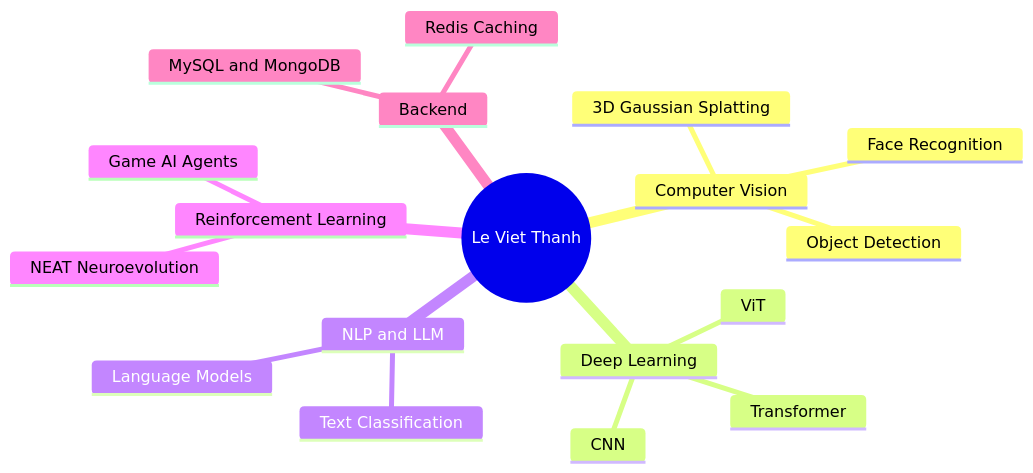
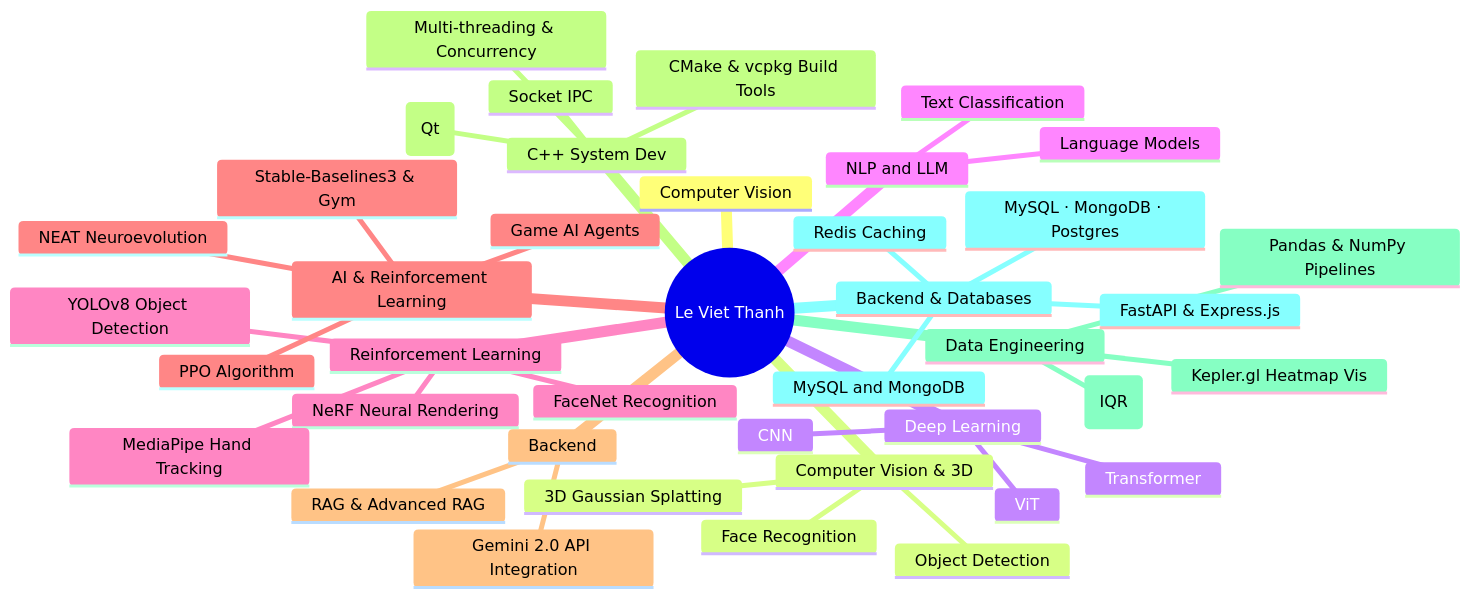
The diagram in README.md (LeVietThanh1412/LeVietThanh1412), drawn with Mermaid before and after one commit. The commit also changed other lines of this file, not shown here.

````diff
--- a/README.md
+++ b/README.md
@@ -173,21 +173,43 @@
 ```mermaid
 mindmap
   root((Le Viet Thanh))
     Computer Vision
+    Computer Vision & 3D
       3D Gaussian Splatting
       Object Detection
       Face Recognition
     Deep Learning
       CNN
       ViT
       Transformer
     NLP and LLM
       Text Classification
       Language Models
     Reinforcement Learning
+      NeRF Neural Rendering
+      YOLOv8 Object Detection
+      FaceNet Recognition
+      MediaPipe Hand Tracking
+    AI & Reinforcement Learning
+      PPO Algorithm
+      Stable-Baselines3 & Gym
       NEAT Neuroevolution
       Game AI Agents
     Backend
+      RAG & Advanced RAG
+      Gemini 2.0 API Integration
+    C++ System Dev
+      Multi-threading & Concurrency
+      Socket IPC
+      GUI Development (Qt)
+      CMake & vcpkg Build Tools
+    Data Engineering
+      Pandas & NumPy Pipelines
+      Data QA & Validation (IQR)
+      Kepler.gl Heatmap Vis
+    Backend & Databases
+      FastAPI & Express.js
       Redis Caching
       MySQL and MongoDB
+      MySQL · MongoDB · Postgres
 ```
````
